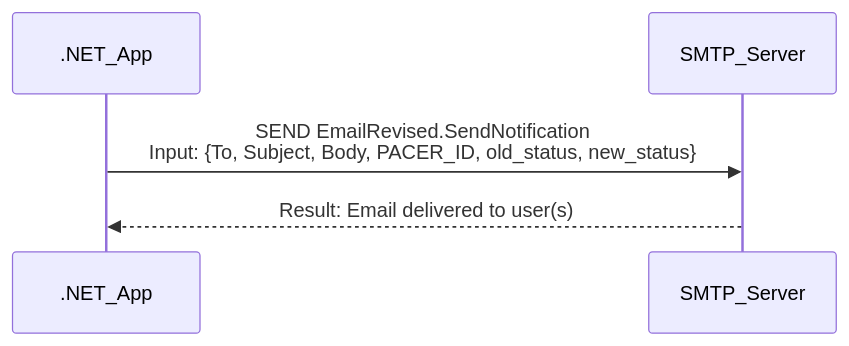
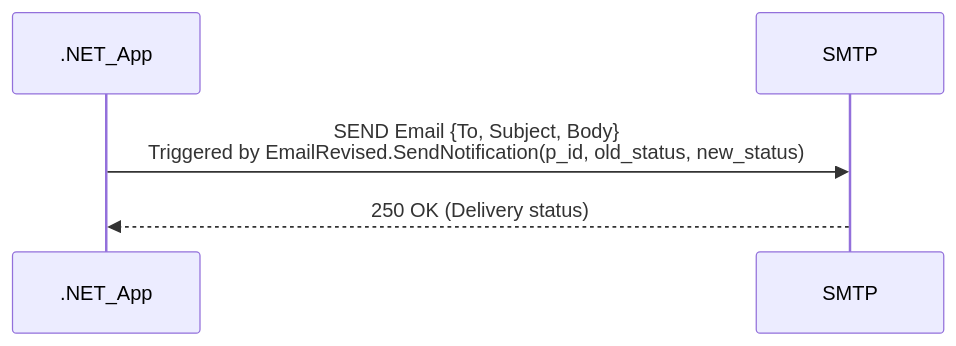
Before and after one commit to saniyakapur39/shopping-cart-app-inputs-outputs: the third of 4 diagrams in README.md, drawn with Mermaid. The commit also changed other lines of this file, not shown here.

````diff
--- a/README.md
+++ b/README.md
@@ -157,7 +172,7 @@
 ```mermaid
 sequenceDiagram
 participant .NET_App
-participant SMTP_Server
-.NET_App->>SMTP_Server: SEND EmailRevised.SendNotification<br/>Input: {To, Subject, Body, PACER_ID, old_status, new_status}
-SMTP_Server-->>.NET_App: Result: Email delivered to user(s)
+participant SMTP
+.NET_App->>SMTP: SEND Email {To, Subject, Body}<br/>Triggered by EmailRevised.SendNotification(p_id, old_status, new_status)
+SMTP-->>.NET_App: 250 OK (Delivery status)
 ```
````
